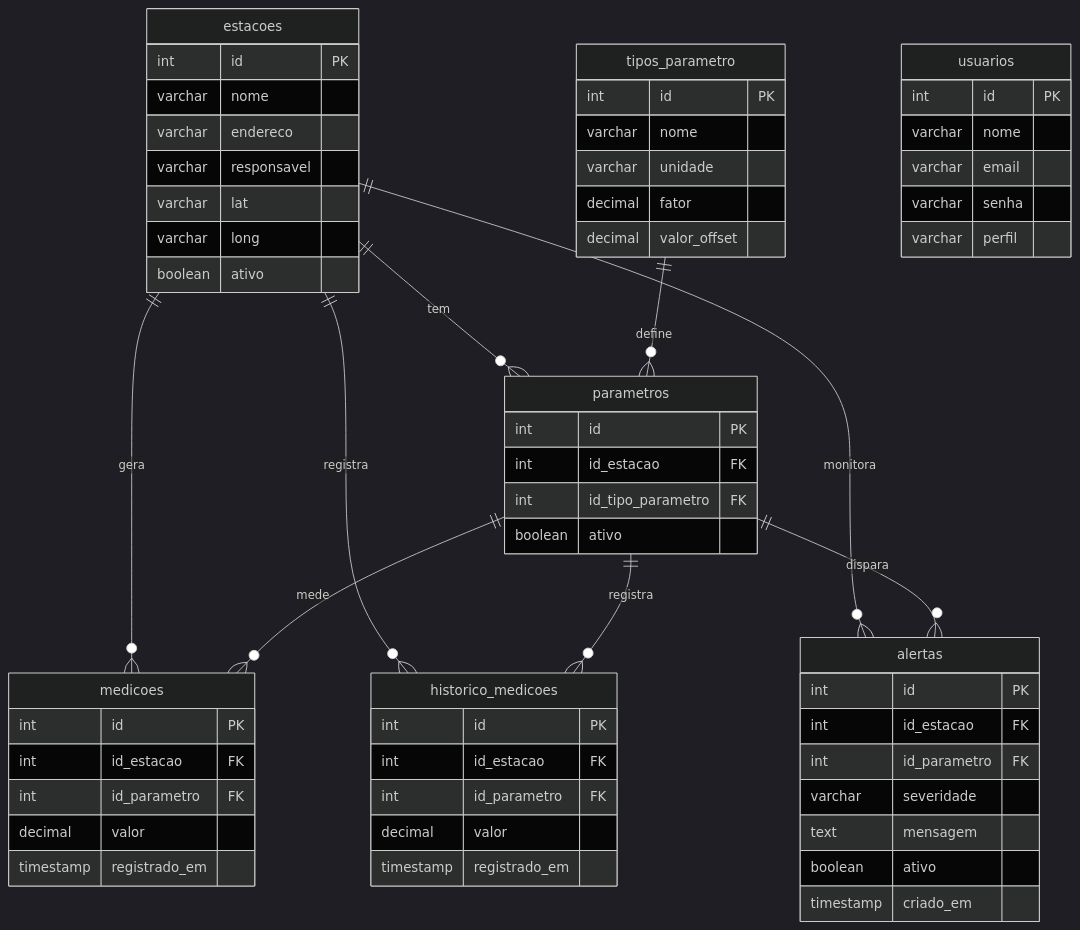
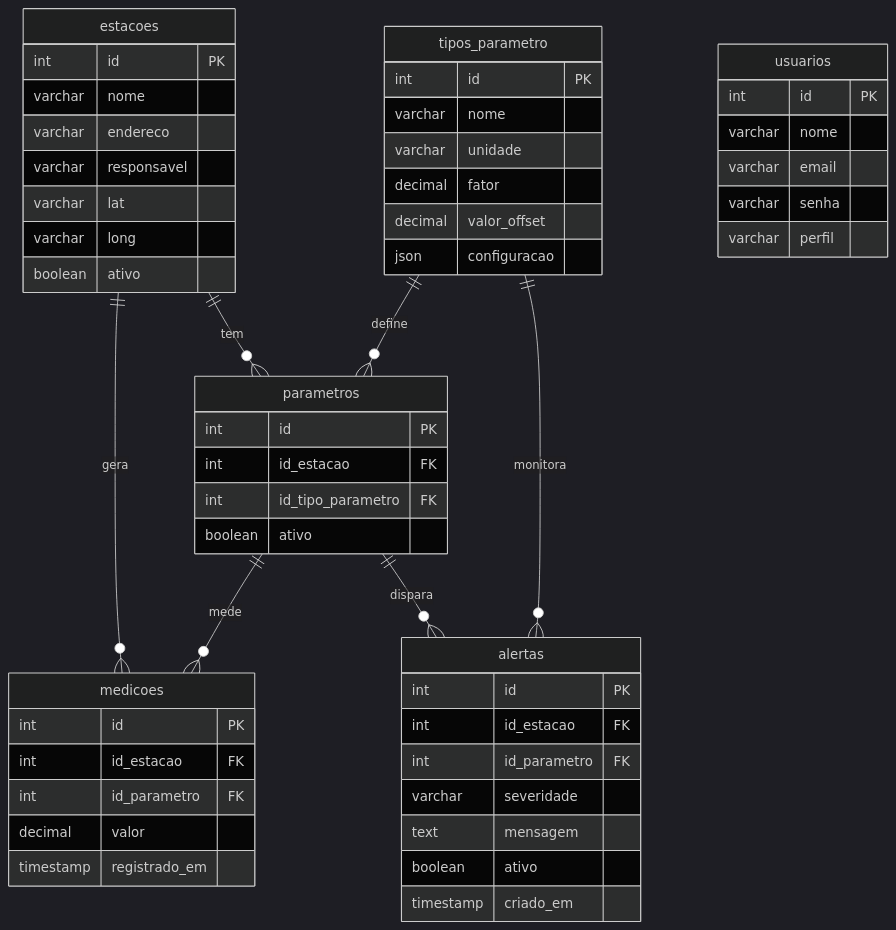
One commit to carlosintrieri/tentativa-api changed the diagram in README.md. Above: the diagram before and after it, drawn with Mermaid (dark theme).

Commit message:
feat: adicionando campo json na tabela

````diff
--- a/README.md
+++ b/README.md
@@ -62,64 +62,61 @@
 ```mermaid
 erDiagram
-  estacoes {
-    int id PK
-    varchar nome
-    varchar endereco
-    varchar responsavel
-    varchar lat
-    varchar long
-    boolean ativo
-  }
-  tipos_parametro {
-    int id PK
-    varchar nome
-    varchar unidade
-    decimal fator
-    decimal valor_offset
-  }
-  parametros {
-    int id PK
-    int id_estacao FK
-    int id_tipo_parametro FK
-    boolean ativo
-  }
-  medicoes {
-    int id PK
-    int id_estacao FK
-    int id_parametro FK
-    decimal valor
-    timestamp registrado_em
-  }
-  historico_medicoes {
-    int id PK
-    int id_estacao FK
-    int id_parametro FK
-    decimal valor
-    timestamp registrado_em
-  }
-  alertas {
-    int id PK
-    int id_estacao FK
-    int id_parametro FK
-    varchar severidade
-    text mensagem
-    boolean ativo
-    timestamp criado_em
-  }
-  usuarios {
-    int id PK
-    varchar nome
-    varchar email
-    varchar senha
-    varchar perfil
-  }
+    estacoes {
+        int id PK
+        varchar nome
+        varchar endereco
+        varchar responsavel
+        varchar lat
+        varchar long
+        boolean ativo
+    }
 
-  estacoes        ||--o{ parametros         : tem
-  tipos_parametro ||--o{ parametros         : define
-  estacoes        ||--o{ medicoes           : gera
-  parametros      ||--o{ medicoes           : mede
-  estacoes        ||--o{ historico_medicoes : registra
-  parametros      ||--o{ historico_medicoes : registra
-  estacoes        ||--o{ alertas            : monitora
-  parametros      ||--o{ alertas            : dispara
+    tipos_parametro {
+        int id PK
+        varchar nome
+        varchar unidade
+        decimal fator
+        decimal valor_offset
+        json configuracao
+    }
+
+    usuarios {
+        int id PK
+        varchar nome
+        varchar email
+        varchar senha
+        varchar perfil
+    }
+
+    parametros {
+        int id PK
+        int id_estacao FK
+        int id_tipo_parametro FK
+        boolean ativo
+    }
+
+    medicoes {
+        int id PK
+        int id_estacao FK
+        int id_parametro FK
+        decimal valor
+        timestamp registrado_em
+    }
+
+    alertas {
+        int id PK
+        int id_estacao FK
+        int id_parametro FK
+        varchar severidade
+        text mensagem
+        boolean ativo
+        timestamp criado_em
+    }
+
+    estacoes ||--o{ parametros : "tem"
+    tipos_parametro ||--o{ parametros : "define"
+    estacoes ||--o{ medicoes : "gera"
+    parametros ||--o{ medicoes : "mede"
+    parametros ||--o{ alertas : "dispara"
+    tipos_parametro ||--o{ alertas : "monitora"
 ```
````
